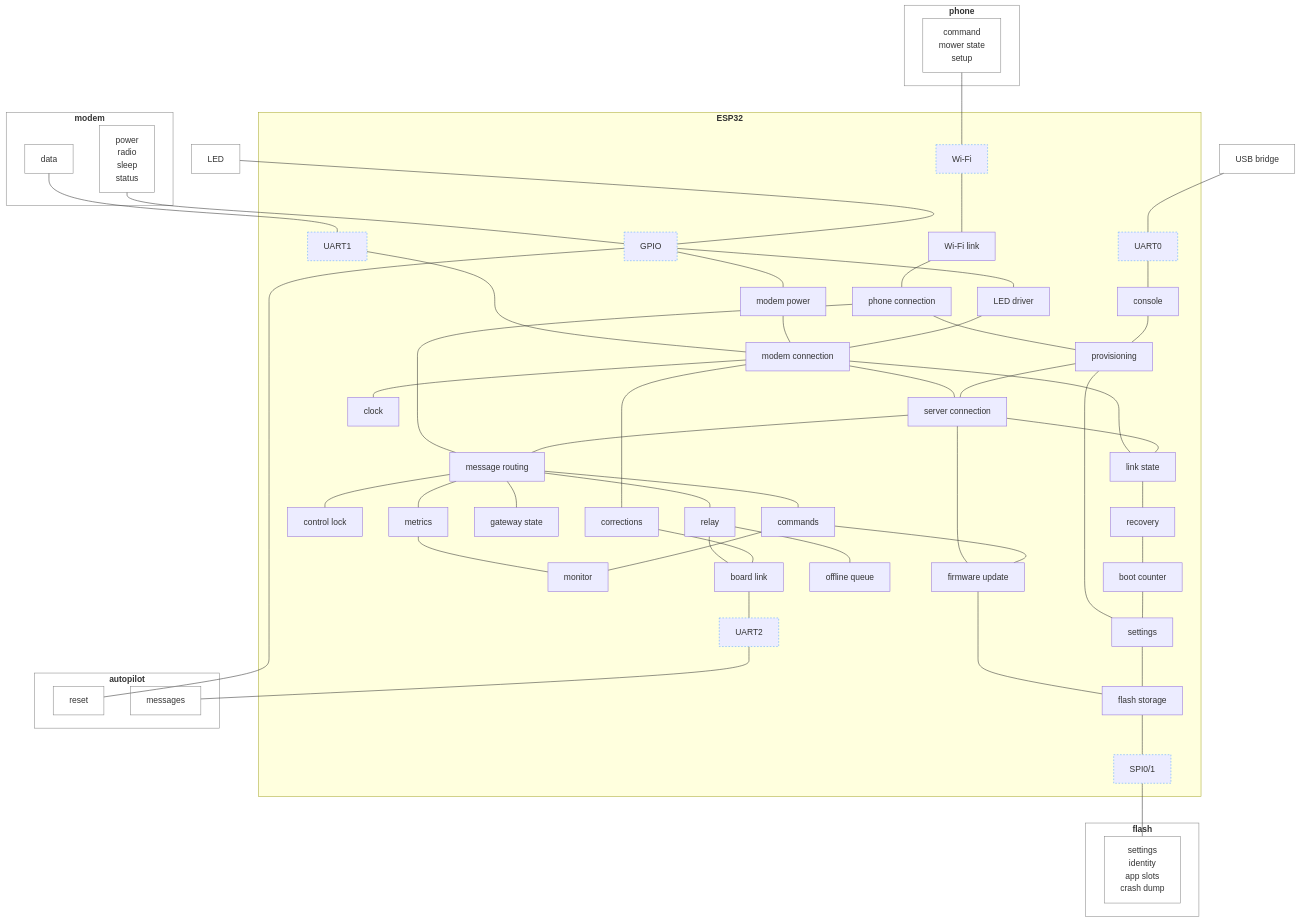
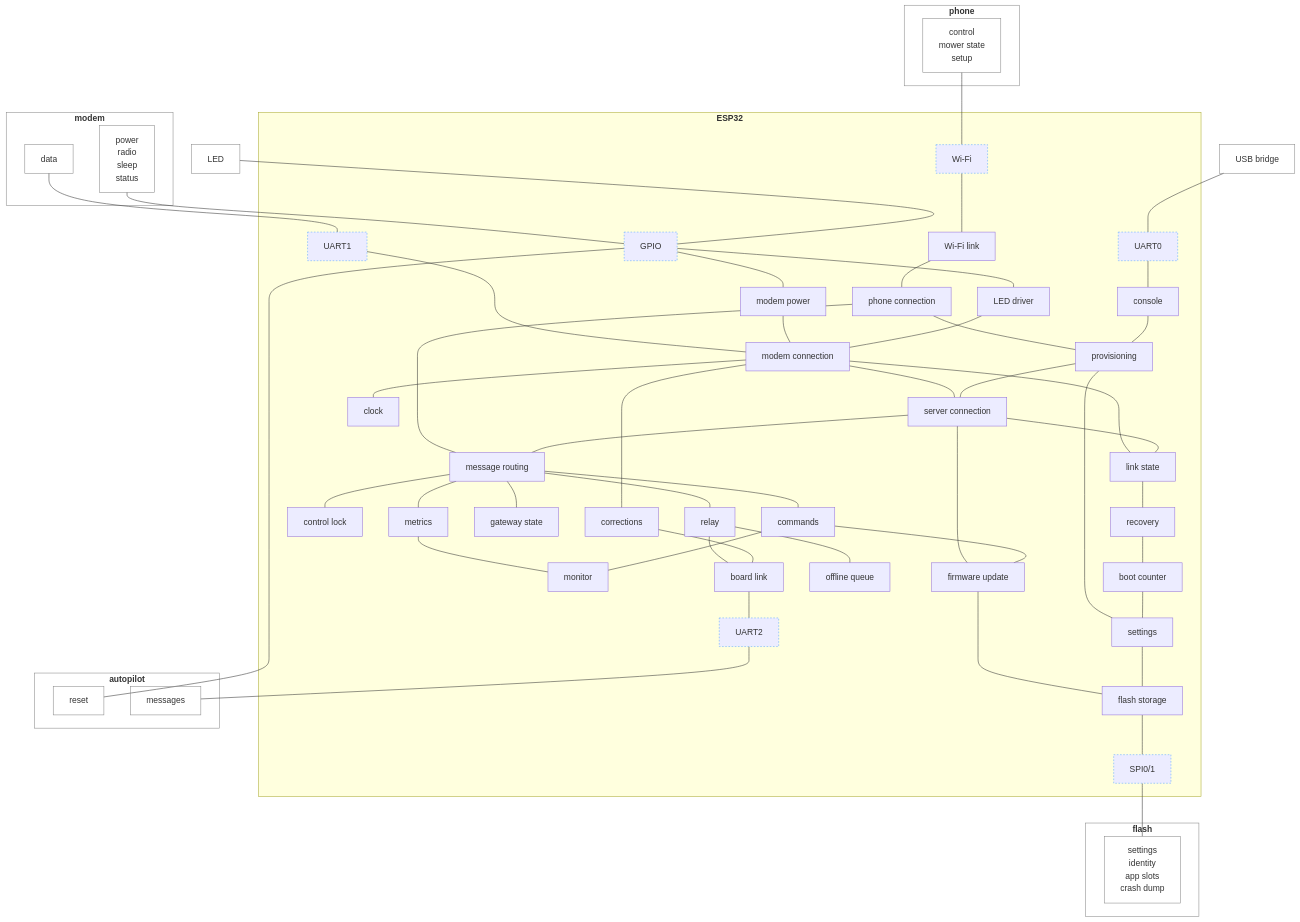
The diagram in .esp-architecture/diagrams/block-draft.md (rmx-lt/rmx-mower-gateway), drawn with Mermaid before and after one commit.

Commit message:
Draft: control on the phone

```diff
--- a/.esp-architecture/diagrams/block-draft.md
+++ b/.esp-architecture/diagrams/block-draft.md
@@ -10,7 +10,7 @@
   end
   led["LED"]
   subgraph ph["<b>phone</b>"]
-    pparts["command<br/>mower state<br/>setup"]
+    pparts["control<br/>mower state<br/>setup"]
   end
   usb["USB bridge"]
   subgraph cpu["<b>ESP32</b>"]
```
